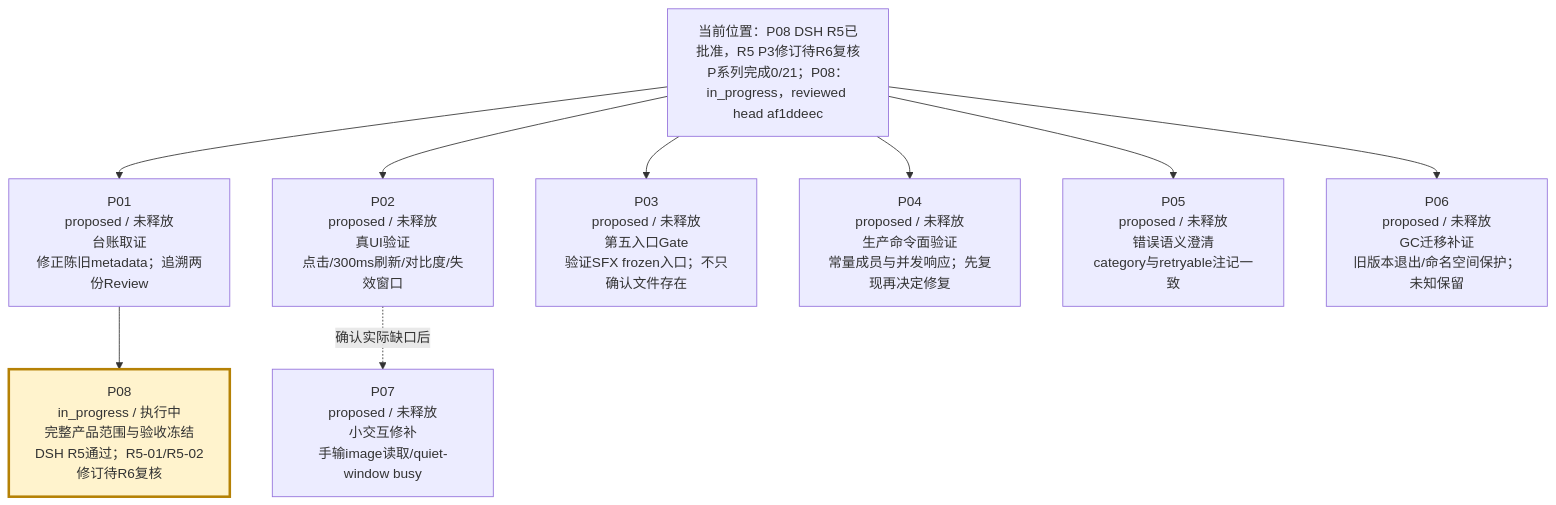
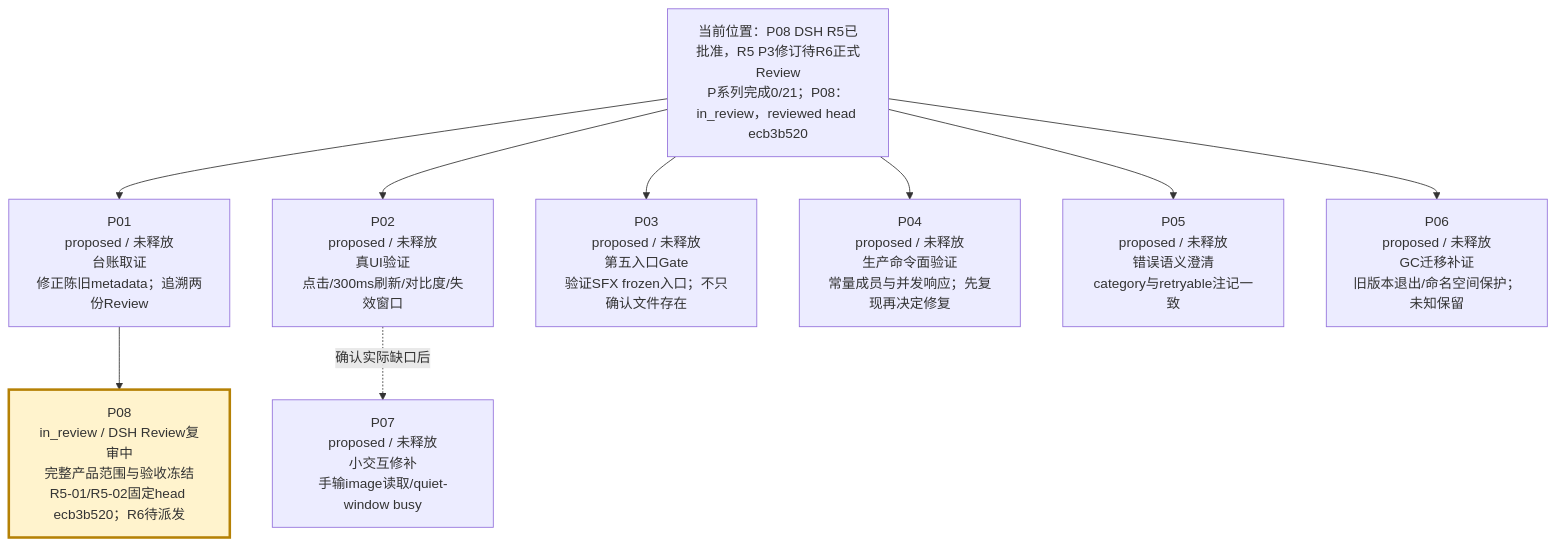
One commit to peakwheat-pixel/New-Manga changed the second of 4 diagrams in verification/PROJECT-ROADMAP-20261008/ROADMAP.md. Above: the diagram before and after it, drawn with Mermaid. The commit also changed other lines of this file and 12 other files, not shown here.

````diff
--- a/verification/PROJECT-ROADMAP-20261008/ROADMAP.md
+++ b/verification/PROJECT-ROADMAP-20261008/ROADMAP.md
@@ -30,12 +30,12 @@
 ```mermaid
 flowchart TB
-  BASE["当前位置：P08 DSH R5已批准，R5 P3修订待R6复核<br/>P系列完成0/21；P08：in_progress，reviewed head af1ddeec"] --> P01["P01<br/>proposed / 未释放<br/>台账取证<br/>修正陈旧metadata；追溯两份Review"]
+  BASE["当前位置：P08 DSH R5已批准，R5 P3修订待R6正式Review<br/>P系列完成0/21；P08：in_review，reviewed head ecb3b520"] --> P01["P01<br/>proposed / 未释放<br/>台账取证<br/>修正陈旧metadata；追溯两份Review"]
   BASE --> P02["P02<br/>proposed / 未释放<br/>真UI验证<br/>点击/300ms刷新/对比度/失效窗口"]
   BASE --> P03["P03<br/>proposed / 未释放<br/>第五入口Gate<br/>验证SFX frozen入口；不只确认文件存在"]
   BASE --> P04["P04<br/>proposed / 未释放<br/>生产命令面验证<br/>常量成员与并发响应；先复现再决定修复"]
   BASE --> P05["P05<br/>proposed / 未释放<br/>错误语义澄清<br/>category与retryable注记一致"]
   BASE --> P06["P06<br/>proposed / 未释放<br/>GC迁移补证<br/>旧版本退出/命名空间保护；未知保留"]
   P02 -. "确认实际缺口后" .-> P07["P07<br/>proposed / 未释放<br/>小交互修补<br/>手输image读取/quiet-window busy"]
-  P01 --> P08["P08<br/>in_progress / 执行中<br/>完整产品范围与验收冻结<br/>DSH R5通过；R5-01/R5-02修订待R6复核"]
+  P01 --> P08["P08<br/>in_review / DSH Review复审中<br/>完整产品范围与验收冻结<br/>R5-01/R5-02固定head ecb3b520；R6待派发"]
   style P08 fill:#fff3cd,stroke:#b58105,stroke-width:3px
 ```
````
